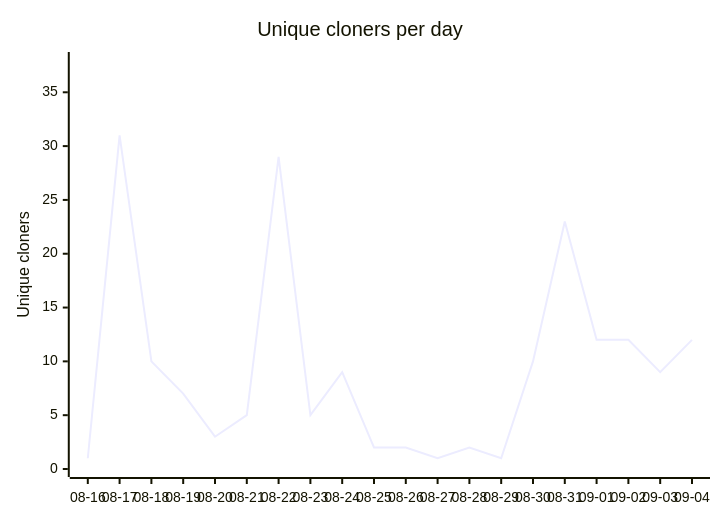
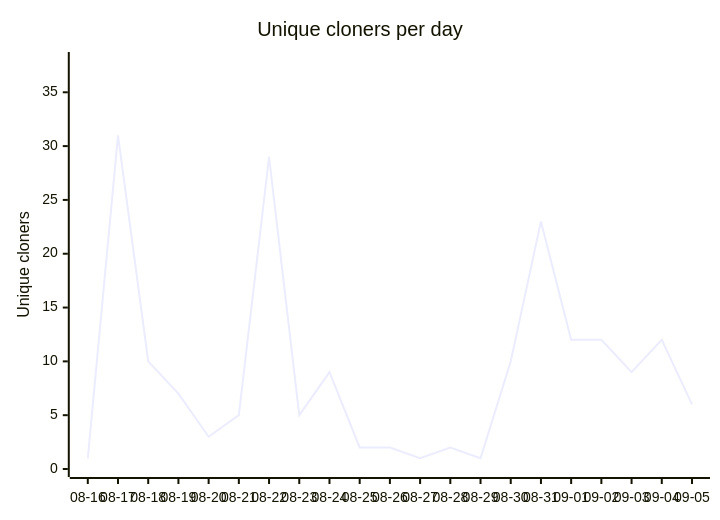
Before and after one commit to AZidan/archflow: the diagram in metrics/README.md, drawn with Mermaid. The commit also changed other lines of this file and 2 other files, not shown here.

````diff
--- a/metrics/README.md
+++ b/metrics/README.md
@@ -14,7 +14,7 @@
 ```mermaid
 xychart-beta
     title "Unique cloners per day"
-    x-axis ["08-16", "08-17", "08-18", "08-19", "08-20", "08-21", "08-22", "08-23", "08-24", "08-25", "08-26", "08-27", "08-28", "08-29", "08-30", "08-31", "09-01", "09-02", "09-03", "09-04"]
+    x-axis ["08-16", "08-17", "08-18", "08-19", "08-20", "08-21", "08-22", "08-23", "08-24", "08-25", "08-26", "08-27", "08-28", "08-29", "08-30", "08-31", "09-01", "09-02", "09-03", "09-04", "09-05"]
     y-axis "Unique cloners" 0 --> 38
-    line [1, 31, 10, 7, 3, 5, 29, 5, 9, 2, 2, 1, 2, 1, 10, 23, 12, 12, 9, 12]
+    line [1, 31, 10, 7, 3, 5, 29, 5, 9, 2, 2, 1, 2, 1, 10, 23, 12, 12, 9, 12, 6]
 ```
````
